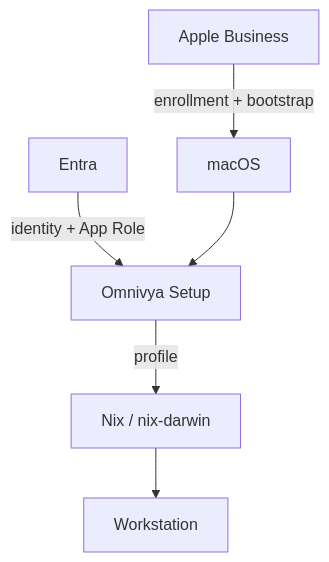
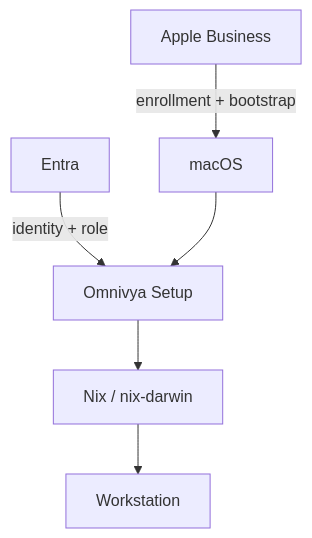
One commit to EtienneDeneuve/etiennedeneuve.github.io changed the diagram in src/content/blog/2026-10-03-provisioning-mac-pas-probleme-mdm.md. Above: the diagram before and after it, drawn with Mermaid. The commit also changed other lines of this file, not shown here.

```diff
--- a/src/content/blog/2026-10-03-provisioning-mac-pas-probleme-mdm.md
+++ b/src/content/blog/2026-10-03-provisioning-mac-pas-probleme-mdm.md
@@ -80,8 +102,8 @@
 ~~~mermaid
 flowchart TD
     A[Apple Business] -->|enrollment + bootstrap| B[macOS]
-    C[Entra] -->|identity + App Role| D[Omnivya Setup]
+    C[Entra] -->|identity + role| D[Omnivya Setup]
     B --> D
-    D -->|profile| E[Nix / nix-darwin]
+    D --> E[Nix / nix-darwin]
     E --> F[Workstation]
 ~~~
```
